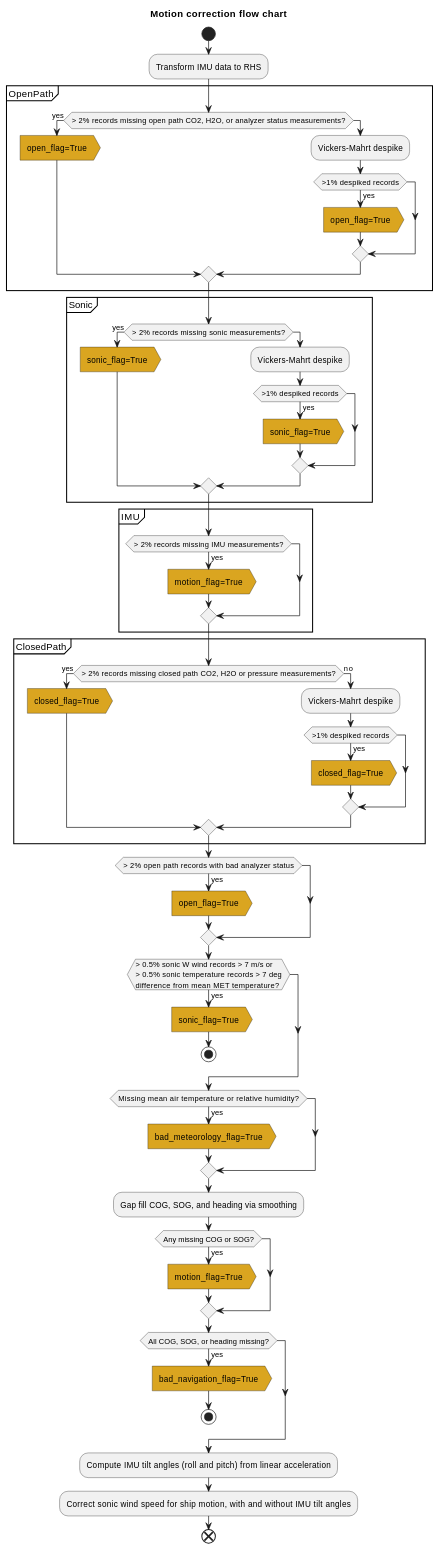
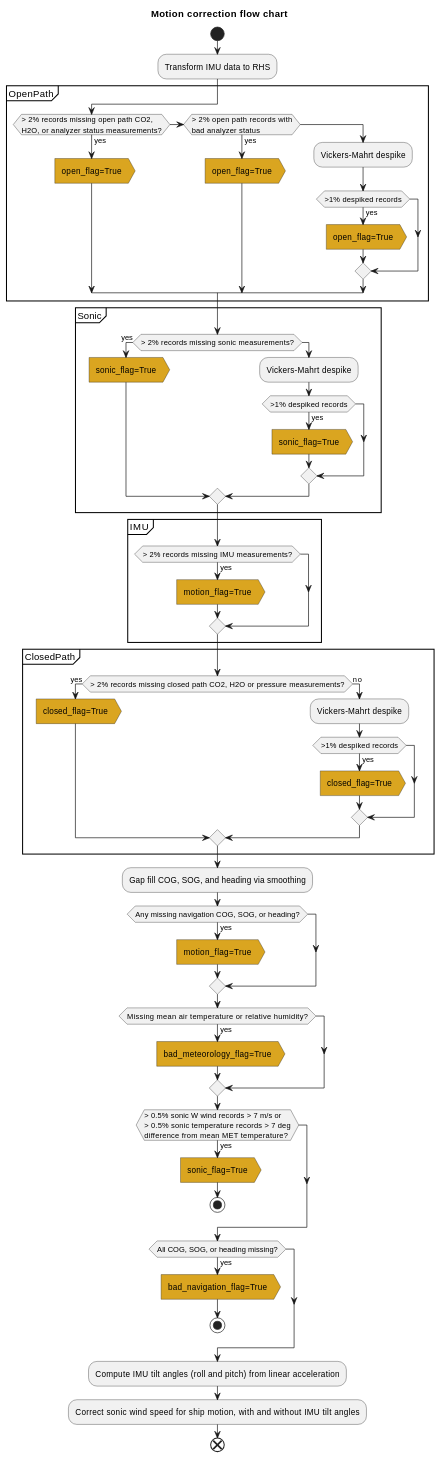
Before and after one commit to UofM-CEOS/flux_capacitor: the diagram in README.org, drawn with PlantUML. The commit also changed 2 other files, not shown here.

Commit message:
Refactor flag building logic and flow control pre-motion-correction
* New module attribute to control possible flags
* Reorder flagging order using else clauses instead of if-not-in
* New Exception classes to handle own errors and pass flags

```diff
--- a/README.org
+++ b/README.org
@@ -114,63 +114,64 @@
 #+BEGIN_SRC plantuml :file motion_correction_flowchart.png :exports results
   start
   title Motion correction flow chart
   :Transform IMU data to RHS;
   partition OpenPath {
-  if (> 2% records missing open path CO2, H2O, or analyzer status measurements?) then (yes)
+  if (> 2% records missing open path CO2,
+  H2O, or analyzer status measurements?) then (yes)
+    #GoldenRod:open_flag=True>
+  elseif (> 2% open path records with
+  bad analyzer status) then (yes)
     #GoldenRod:open_flag=True>
   else
     :Vickers-Mahrt despike;
     if (>1% despiked records) then (yes)
     #GoldenRod:open_flag=True>
     endif
   endif
   }
   partition Sonic {
   if (> 2% records missing sonic measurements?) then (yes)
     #GoldenRod:sonic_flag=True>
   else
     :Vickers-Mahrt despike;
     if (>1% despiked records) then (yes)
     #GoldenRod:sonic_flag=True>
     endif
   endif
   }
   partition IMU {
   if (> 2% records missing IMU measurements?) then (yes)
     #GoldenRod:motion_flag=True>
   endif
   }
   partition ClosedPath {
   if (> 2% records missing closed path CO2, H2O or pressure measurements?) then (yes)
     #GoldenRod:closed_flag=True>
   else (no)
     :Vickers-Mahrt despike;
     if (>1% despiked records) then (yes)
     #GoldenRod:closed_flag=True>
     endif
   endif
   }
-  if (> 2% open path records with bad analyzer status) then (yes)
-    #GoldenRod:open_flag=True>
+  :Gap fill COG, SOG, and heading via smoothing;
+  if (Any missing navigation COG, SOG, or heading?) then (yes)
+    #GoldenRod:motion_flag=True>
+  endif
+  if (Missing mean air temperature or relative humidity?) then (yes)
+    #GoldenRod:bad_meteorology_flag=True>
   endif
   if (> 0.5% sonic W wind records > 7 m/s or
   > 0.5% sonic temperature records > 7 deg
   difference from mean MET temperature?) then (yes)
     #GoldenRod:sonic_flag=True>
     stop
-  endif
-  if (Missing mean air temperature or relative humidity?) then (yes)
-    #GoldenRod:bad_meteorology_flag=True>
-  endif
-  :Gap fill COG, SOG, and heading via smoothing;
-  if (Any missing COG or SOG?) then (yes)
-    #GoldenRod:motion_flag=True>
   endif
   if (All COG, SOG, or heading missing?) then (yes)
     #GoldenRod:bad_navigation_flag=True>
     stop
   endif
   :Compute IMU tilt angles (roll and pitch) from linear acceleration;
   :Correct sonic wind speed for ship motion, with and without IMU tilt angles;
   end
 #+END_SRC
```
